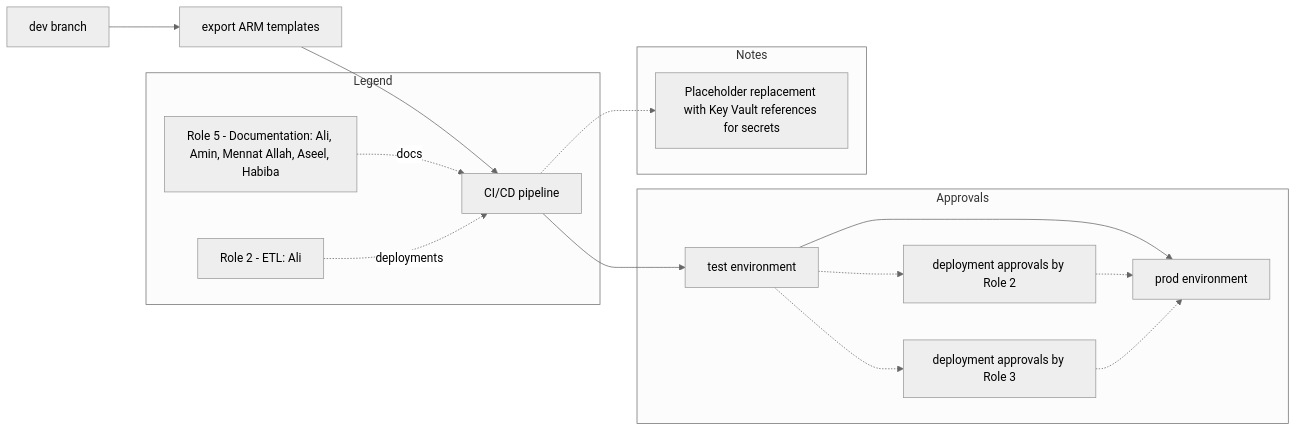
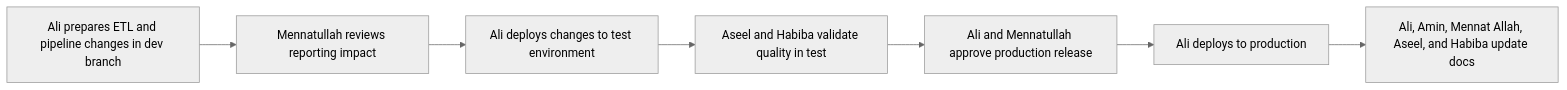
One commit to Ali-Hegazy-Ai/customer-data-etl changed the sixth of 8 diagrams in docs/diagrams.md. Above: the diagram before and after it, drawn with Mermaid (neutral theme). The commit also changed other lines of this file and 1 other file, not shown here.

Commit message:
docs: Rewrite project diagrams with more descriptive titles and narrative explanations, explicitly detailing team member responsibilities.

````diff
--- a/docs/diagrams.md
+++ b/docs/diagrams.md
@@ -156,27 +94,9 @@
 ```mermaid
 flowchart LR
-    dev["dev branch"] --> export["export ARM templates"]
-    export --> cicd["CI/CD pipeline"]
-    cicd --> testenv["test environment"]
-    testenv --> prodenv["prod environment"]
-
-    subgraph Approvals
-        app1["deployment approvals by Role 2"]
-        app2["deployment approvals by Role 3"]
-        testenv -.-> app1
-        testenv -.-> app2
-        app1 & app2 -.-> prodenv
-    end
-
-    subgraph Notes
-        KV["Placeholder replacement with Key Vault references for secrets"]
-    end
-    cicd -.-> KV
-
-    subgraph Legend
-        R5["Role 5 - Documentation: Ali, Amin, Mennat Allah, Aseel, Habiba"]
-        R2["Role 2 - ETL: Ali"]
-        R5 -.->|docs| cicd
-        R2 -.->|deployments| cicd
-    end
+    C1["Ali prepares ETL and pipeline changes in dev branch"] --> C2["Mennatullah reviews reporting impact"]
+    C2 --> C3["Ali deploys changes to test environment"]
+    C3 --> C4["Aseel and Habiba validate quality in test"]
+    C4 --> C5["Ali and Mennatullah approve production release"]
+    C5 --> C6["Ali deploys to production"]
+    C6 --> C7["Ali, Amin, Mennat Allah, Aseel, and Habiba update docs"]
 ```
````
